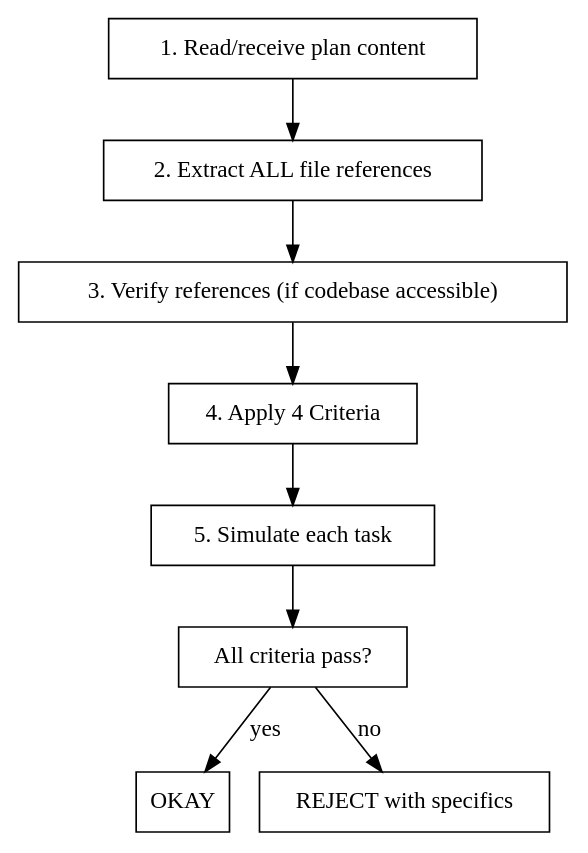
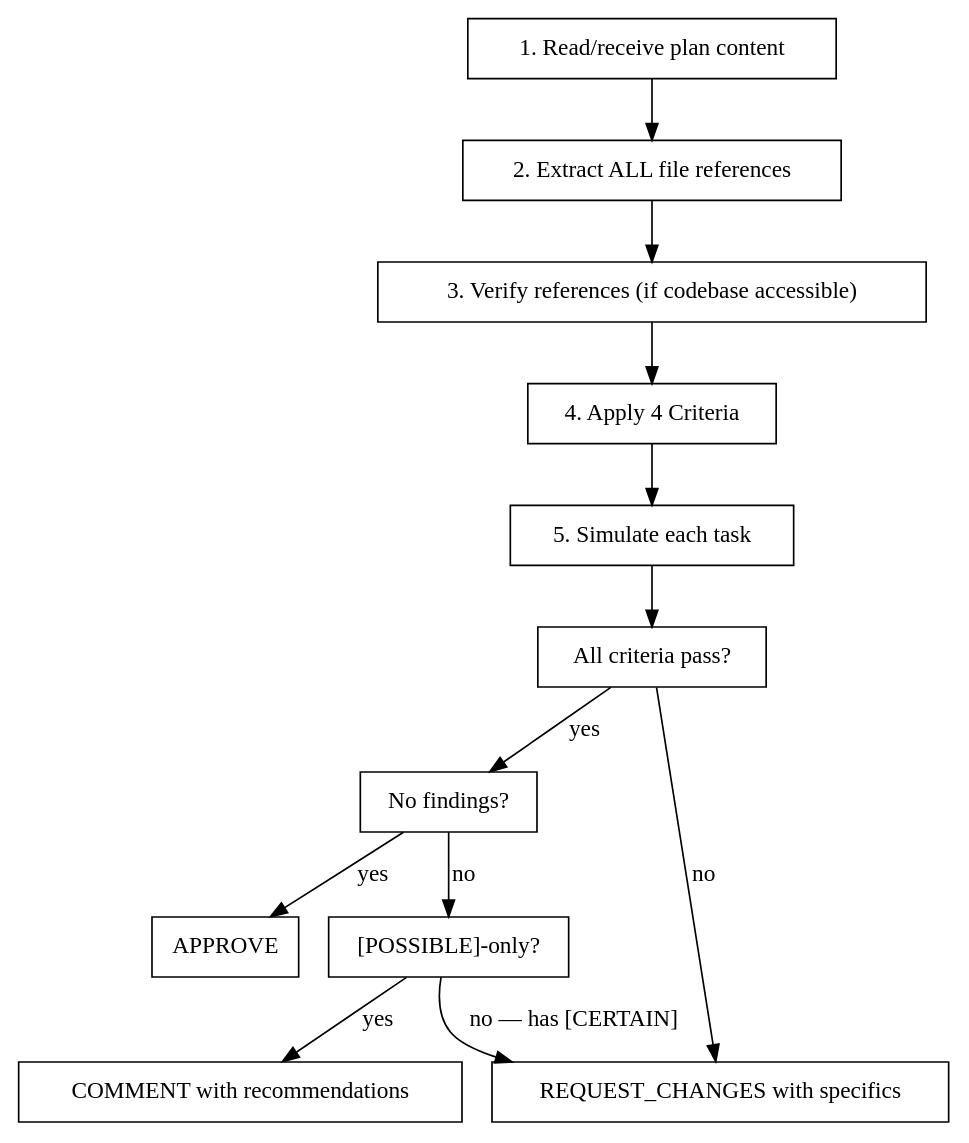
Before and after one commit to toongri/oh-my-toong-playground: the second of 2 diagrams in skills/momus/SKILL.md, drawn with Graphviz. The commit also changed other lines of this file and 2 other files, not shown here.

````diff
--- a/skills/momus/SKILL.md
+++ b/skills/momus/SKILL.md
@@ -47,14 +47,18 @@
 ```dot
 digraph review_process {
     rankdir=TB;
     node [shape=box];
 
     "1. Read/receive plan content" -> "2. Extract ALL file references";
     "2. Extract ALL file references" -> "3. Verify references (if codebase accessible)";
     "3. Verify references (if codebase accessible)" -> "4. Apply 4 Criteria";
     "4. Apply 4 Criteria" -> "5. Simulate each task";
     "5. Simulate each task" -> "All criteria pass?" [shape=diamond];
-    "All criteria pass?" -> "OKAY" [label="yes"];
-    "All criteria pass?" -> "REJECT with specifics" [label="no"];
+    "All criteria pass?" -> "No findings?" [label="yes"];
+    "No findings?" -> "APPROVE" [label="yes"];
+    "No findings?" -> "[POSSIBLE]-only?" [label="no"];
+    "[POSSIBLE]-only?" -> "COMMENT with recommendations" [label="yes"];
+    "[POSSIBLE]-only?" -> "REQUEST_CHANGES with specifics" [label="no — has [CERTAIN]"];
+    "All criteria pass?" -> "REQUEST_CHANGES with specifics" [label="no"];
 }
 ```
````
